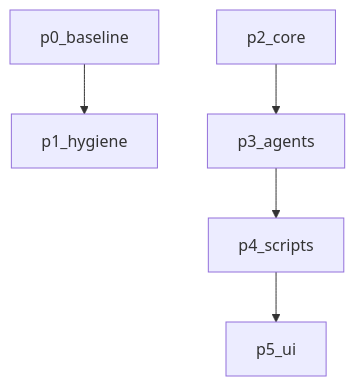
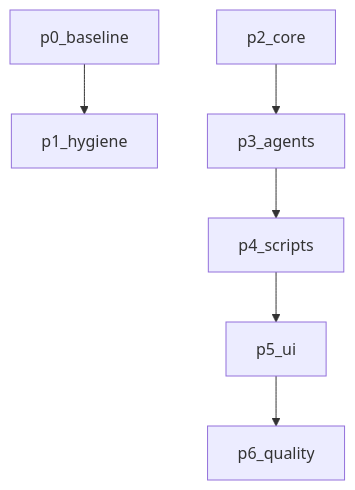
Before and after one commit to luduihang/game_rendering: the diagram in management/views/TASKS.md, drawn with Mermaid. The commit also changed other lines of this file and 13 other files, not shown here.

````diff
--- a/management/views/TASKS.md
+++ b/management/views/TASKS.md
@@ -11,7 +12,8 @@
 ```mermaid
 graph TD
   p0_baseline --> p1_hygiene
   p2_core --> p3_agents
   p3_agents --> p4_scripts
   p4_scripts --> p5_ui
+  p5_ui --> p6_quality
 ```
````
